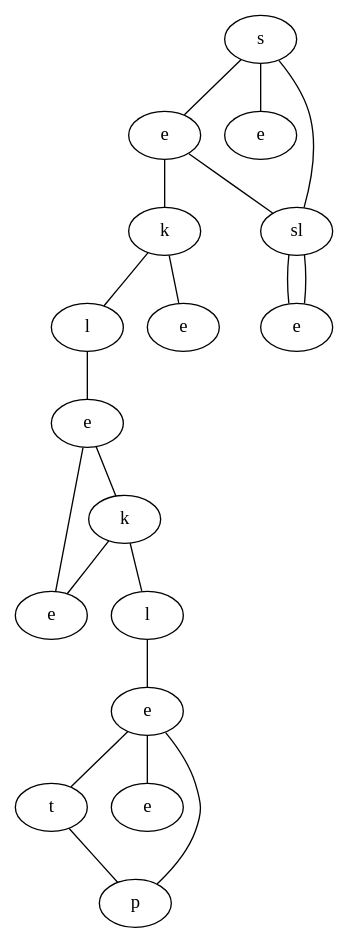
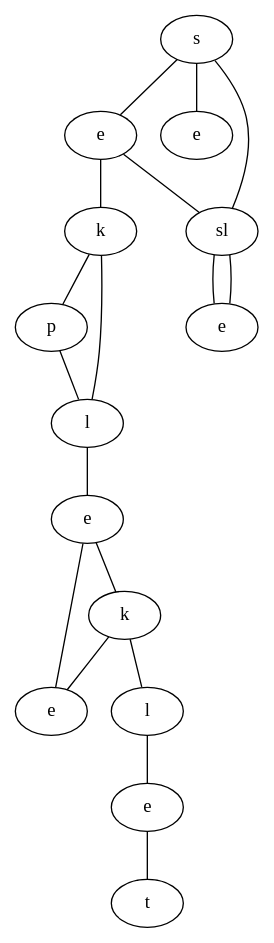
One commit to schrum2/MM-NEAT changed the diagram in data/VGLC/graph.dot. Above: the diagram before and after it, drawn with Graphviz. The commit also changed 6 other files, not shown here.

```diff
--- a/data/VGLC/graph.dot
+++ b/data/VGLC/graph.dot
@@ -1,37 +1,33 @@
 graph {
-EpoB[label="s"]
-jvoF[label="e"]
-QIyq[label="e"]
-jNmB[label="sl"]
-xOLb[label="k"]
-ZvMP[label="e"]
-KpgB[label="l"]
-siQp[label="e"]
-WDQq[label="e"]
-kUqA[label="k"]
-akzb[label="e"]
-PdqF[label="l"]
-MvAE[label="e"]
-eFDk[label="t"]
-Kjfp[label="e"]
-sKle[label="p"]
-EpoB -- jvoF
-EpoB -- QIyq
-EpoB -- jNmB
-jvoF -- xOLb
-jvoF -- jNmB
-jNmB -- ZvMP
-xOLb -- KpgB
-xOLb -- siQp
-jNmB -- ZvMP
-KpgB -- WDQq
-WDQq -- kUqA
-WDQq -- akzb
-kUqA -- PdqF
-kUqA -- akzb
-PdqF -- MvAE
-MvAE -- eFDk
-MvAE -- Kjfp
-MvAE -- sKle
-eFDk -- sKle
+FzPg[label="s"]
+bXSc[label="e"]
+UOVj[label="e"]
+vAwm[label="sl"]
+dksJ[label="k"]
+Tobx[label="e"]
+defm[label="p"]
+qsun[label="l"]
+MuTK[label="e"]
+doJa[label="k"]
+gMWQ[label="e"]
+pXyq[label="l"]
+iXbJ[label="e"]
+WhrE[label="t"]
+FzPg -- bXSc
+FzPg -- UOVj
+FzPg -- vAwm
+bXSc -- dksJ
+bXSc -- vAwm
+vAwm -- Tobx
+dksJ -- defm
+dksJ -- qsun
+vAwm -- Tobx
+defm -- qsun
+qsun -- MuTK
+MuTK -- doJa
+MuTK -- gMWQ
+doJa -- pXyq
+doJa -- gMWQ
+pXyq -- iXbJ
+iXbJ -- WhrE
 }
```
